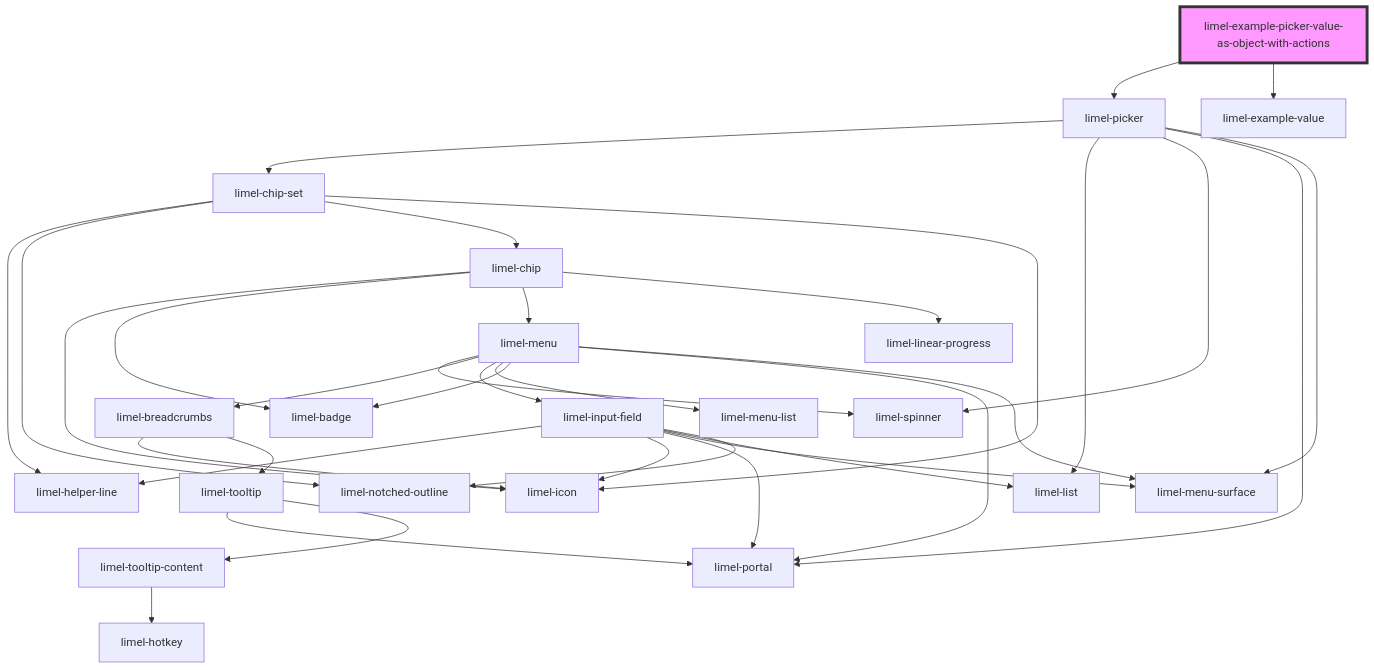
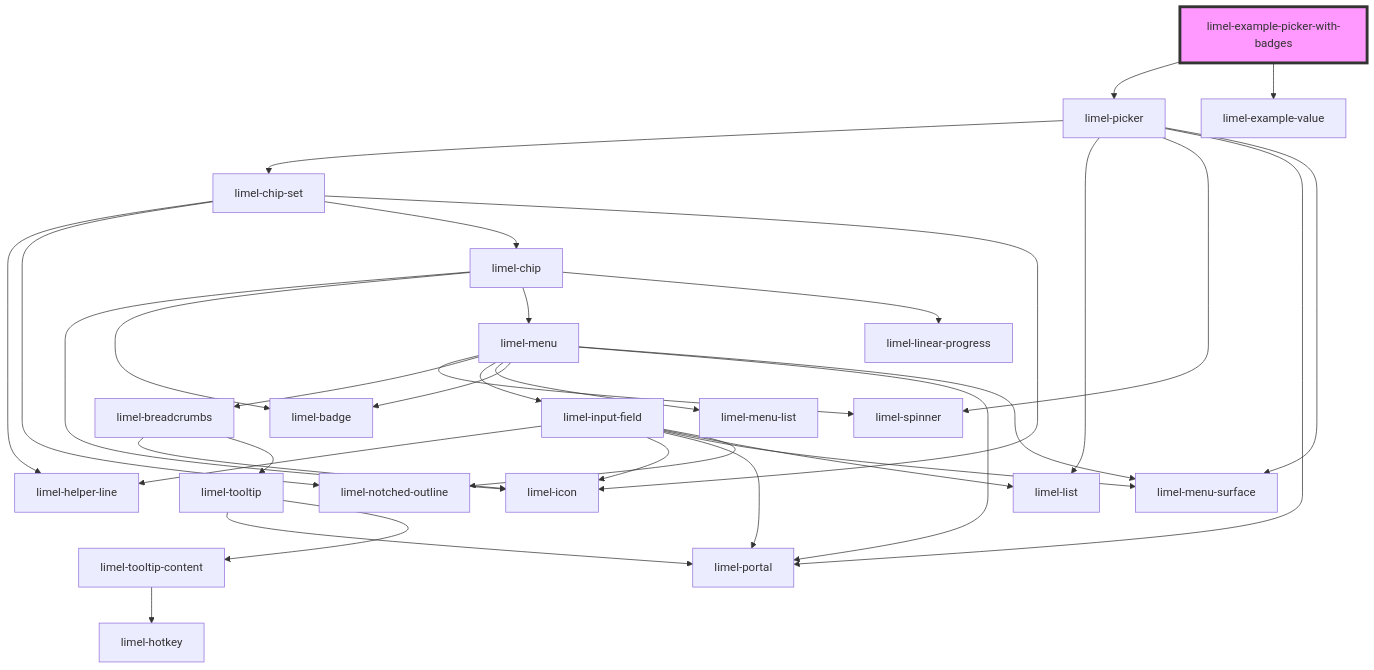
One commit to Lundalogik/lime-elements changed the diagram in versions/PR-4121/markdown-docs/components/picker/examples/readme.md. Above: the diagram before and after it, drawn with Mermaid. The commit also changed other lines of this file and 168 other files, not shown here.

````diff
--- a/versions/PR-4121/markdown-docs/components/picker/examples/readme.md
+++ b/versions/PR-4121/markdown-docs/components/picker/examples/readme.md
@@ -30,37 +33,37 @@
 ```mermaid
 graph TD;
-  limel-example-picker-value-as-object-with-actions --> limel-picker
-  limel-example-picker-value-as-object-with-actions --> limel-example-value
+  limel-example-picker-with-badges --> limel-picker
+  limel-example-picker-with-badges --> limel-example-value
   limel-picker --> limel-chip-set
   limel-picker --> limel-list
   limel-picker --> limel-spinner
   limel-picker --> limel-portal
   limel-picker --> limel-menu-surface
   limel-chip-set --> limel-helper-line
   limel-chip-set --> limel-notched-outline
   limel-chip-set --> limel-chip
   limel-chip-set --> limel-icon
   limel-chip --> limel-icon
   limel-chip --> limel-badge
   limel-chip --> limel-menu
   limel-chip --> limel-linear-progress
   limel-menu --> limel-spinner
   limel-menu --> limel-breadcrumbs
   limel-menu --> limel-input-field
   limel-menu --> limel-menu-list
   limel-menu --> limel-badge
   limel-menu --> limel-portal
   limel-menu --> limel-menu-surface
   limel-breadcrumbs --> limel-icon
   limel-breadcrumbs --> limel-tooltip
   limel-tooltip --> limel-portal
   limel-tooltip --> limel-tooltip-content
   limel-tooltip-content --> limel-hotkey
   limel-input-field --> limel-helper-line
   limel-input-field --> limel-icon
   limel-input-field --> limel-portal
   limel-input-field --> limel-menu-surface
   limel-input-field --> limel-list
   limel-input-field --> limel-notched-outline
-  style limel-example-picker-value-as-object-with-actions fill:#f9f,stroke:#333,stroke-width:4px
+  style limel-example-picker-with-badges fill:#f9f,stroke:#333,stroke-width:4px
 ```
````
